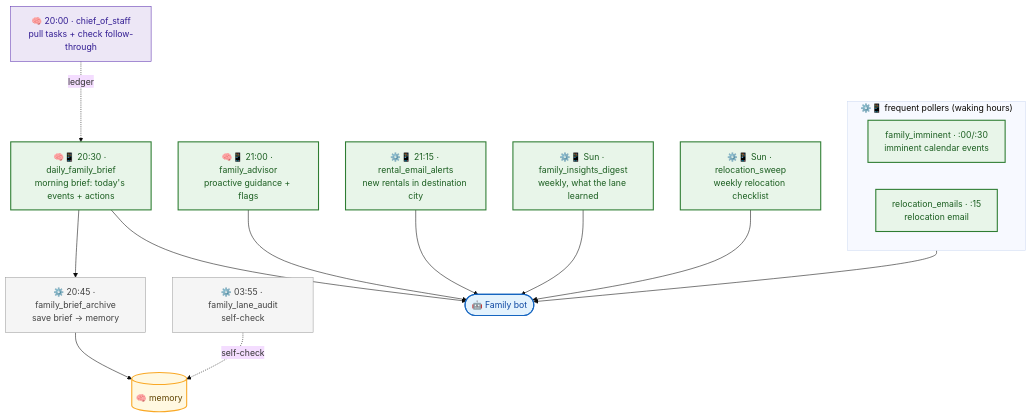
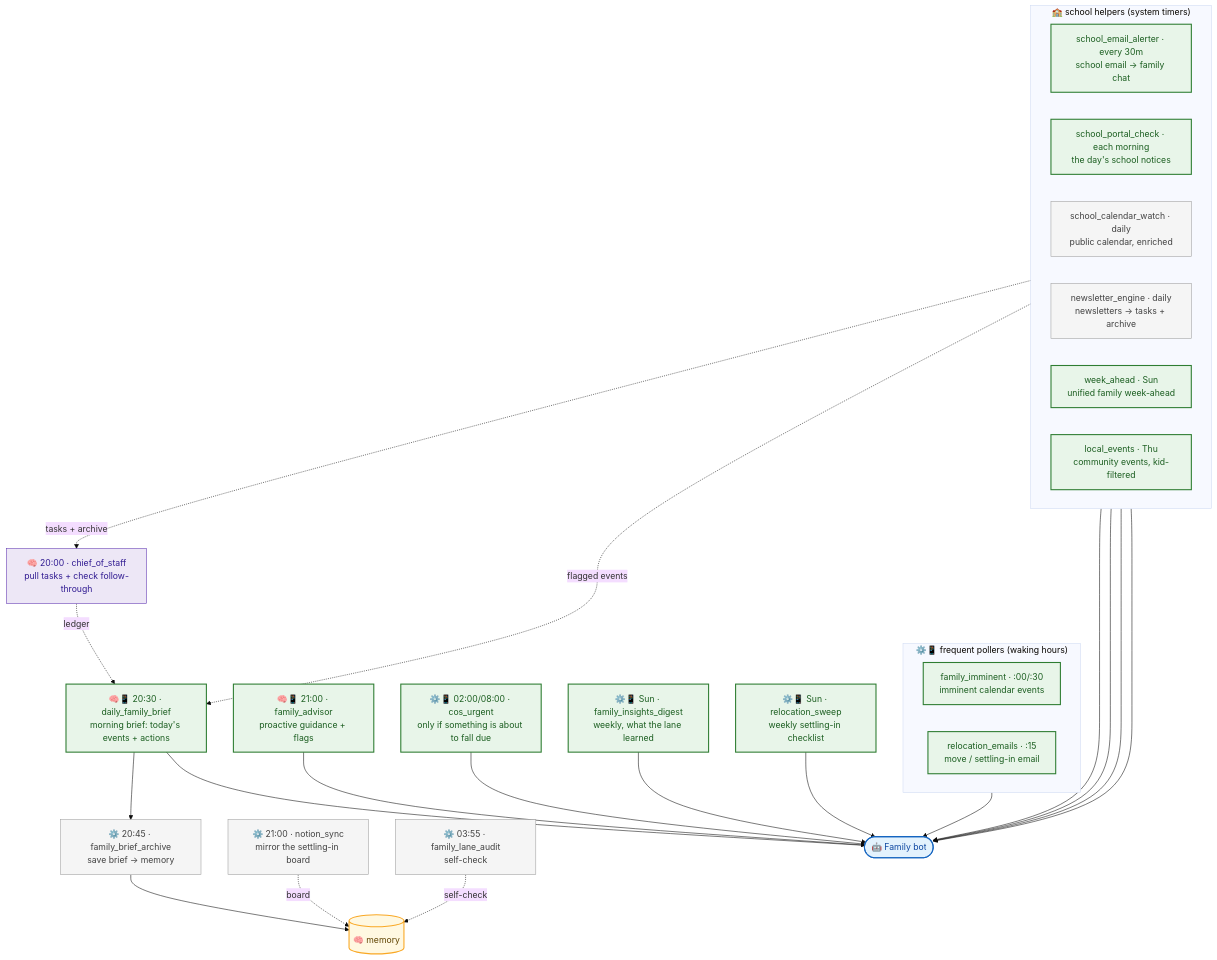
Before and after one commit to nickmuchi87/hermes-agents-showcase: the fourth of 6 diagrams in docs/08-the-fleet-map.md, drawn with Mermaid (base theme). The commit also changed other lines of this file and 13 other files, not shown here.

First line of the commit message:
Sync docs with the live fleet: 72 jobs + school helpers, post-move reframe

````diff
--- a/docs/08-the-fleet-map.md
+++ b/docs/08-the-fleet-map.md
@@ -182,34 +192,51 @@
 ```mermaid
 flowchart TB
     subgraph POLL["⚙️📱 frequent pollers (waking hours)"]
         direction LR
         imm["family_imminent · :00/:30<br/>imminent calendar events"]:::ping
-        reloc["relocation_emails · :15<br/>relocation email"]:::ping
+        reloc["relocation_emails · :15<br/>move / settling-in email"]:::ping
+    end
+    subgraph SCHOOL["🏫 school helpers (system timers)"]
+        direction LR
+        salert["school_email_alerter · every 30m<br/>school email → family chat"]:::ping
+        sport["school_portal_check · each morning<br/>the day's school notices"]:::ping
+        scal["school_calendar_watch · daily<br/>public calendar, enriched"]:::plumb
+        snews["newsletter_engine · daily<br/>newsletters → tasks + archive"]:::plumb
+        sweekly["week_ahead · Sun<br/>unified family week-ahead"]:::ping
+        sevents["local_events · Thu<br/>community events, kid-filtered"]:::ping
     end
     cos["🧠 20:00 · chief_of_staff<br/>pull tasks + check follow-through"]:::agent
     brief["🧠📱 20:30 · daily_family_brief<br/>morning brief: today's events + actions"]:::ping
     arch["⚙️ 20:45 · family_brief_archive<br/>save brief → memory"]:::plumb
     adv["🧠📱 21:00 · family_advisor<br/>proactive guidance + flags"]:::ping
-    rent["⚙️📱 21:15 · rental_email_alerts<br/>new rentals in destination city"]:::ping
+    notion["⚙️ 21:00 · notion_sync<br/>mirror the settling-in board"]:::plumb
+    urgent["⚙️📱 02:00/08:00 · cos_urgent<br/>only if something is about to fall due"]:::ping
     ins["⚙️📱 Sun · family_insights_digest<br/>weekly, what the lane learned"]:::ping
-    sweep["⚙️📱 Sun · relocation_sweep<br/>weekly relocation checklist"]:::ping
+    sweep["⚙️📱 Sun · relocation_sweep<br/>weekly settling-in checklist"]:::ping
     aud["⚙️ 03:55 · family_lane_audit<br/>self-check"]:::plumb
     mem[("🧠 memory")]:::mem
     bot(["🤖 Family bot"]):::bot
 
     cos -. "ledger" .-> brief
+    snews -. "tasks + archive" .-> cos
+    scal -. "flagged events" .-> brief
     brief --> arch --> mem
     brief --> bot
     adv --> bot
+    notion -. "board" .-> mem
+    urgent --> bot
     POLL --> bot
-    rent --> bot
+    salert --> bot
+    sport --> bot
+    sweekly --> bot
+    sevents --> bot
     ins --> bot
     sweep --> bot
     aud -. "self-check" .-> mem
 
     classDef agent fill:#ede7f6,stroke:#5e35b1,color:#311b92;
     classDef plumb fill:#f5f5f5,stroke:#9e9e9e,color:#424242;
     classDef ping fill:#e8f5e9,stroke:#2e7d32,color:#1b5e20,stroke-width:2px;
     classDef mem fill:#fff8e1,stroke:#f9a825,color:#5f4300,stroke-width:2px;
     classDef bot fill:#e3f2fd,stroke:#1565c0,color:#0d47a1,stroke-width:2px;
 ```
````
